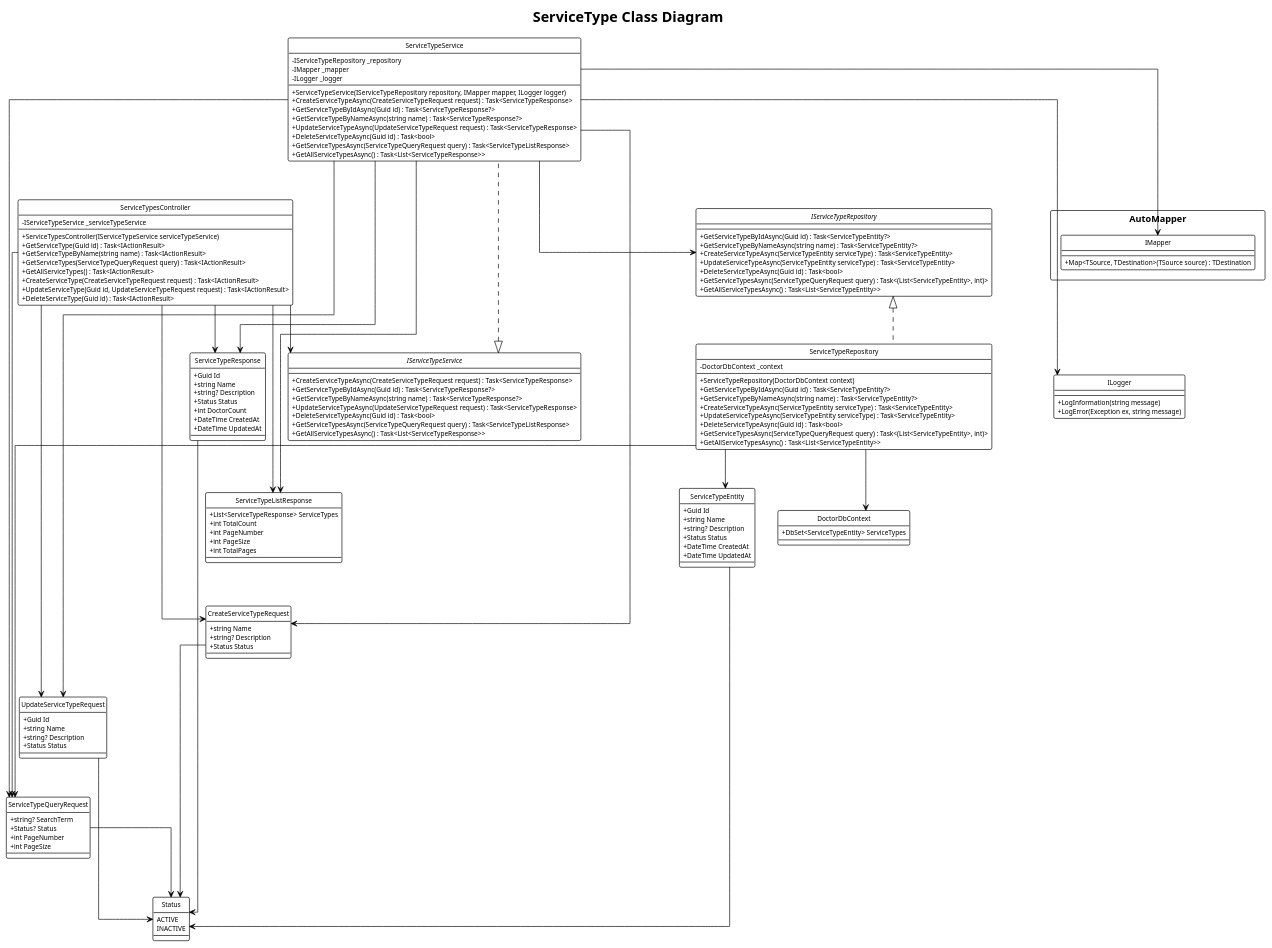
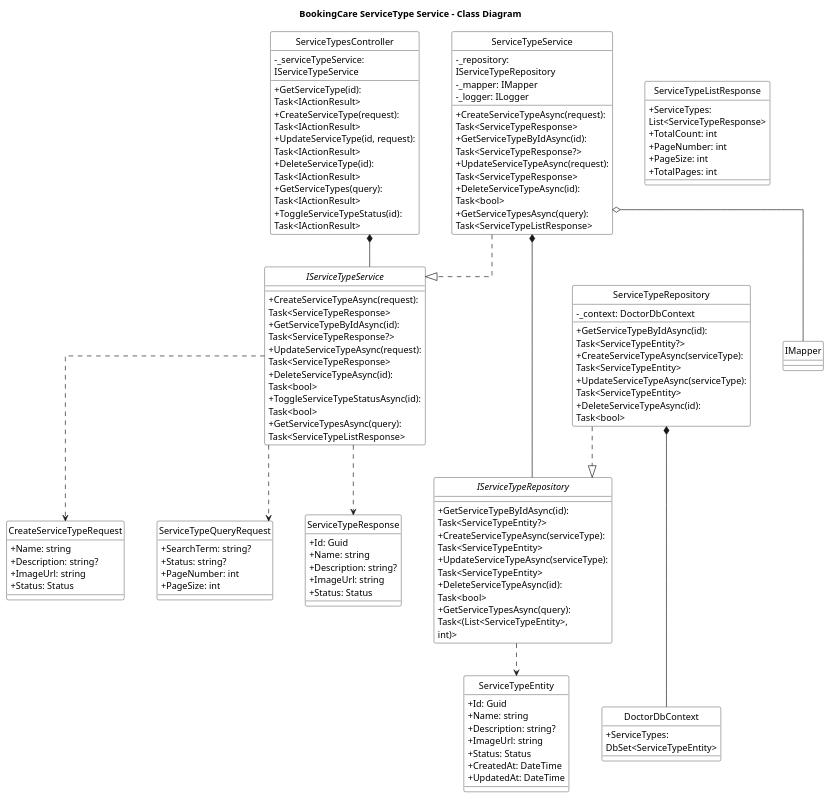
One commit to Capstone-FA25-MABS/BookingCareSystemBackend changed the diagram in src/Services/BookingCare.Services.Doctor/class_diagram/service_type_class_diagram.puml. Above: the diagram before and after it, drawn with PlantUML. The commit also changed 28 other files, not shown here.

Commit message:
[FIX] update class diagram, markdown unit test

```diff
--- a/src/Services/BookingCare.Services.Doctor/class_diagram/service_type_class_diagram.puml
+++ b/src/Services/BookingCare.Services.Doctor/class_diagram/service_type_class_diagram.puml
@@ -1,215 +1,138 @@
-@startuml
-!theme plain
-title ServiceType Class Diagram
+@startuml ServiceType-Class-Diagram
+
+title BookingCare ServiceType Service - Class Diagram
+
 hide circle
+skinparam classAttributeIconSize 0
+skinparam linetype ortho
+skinparam nodesep 50
+skinparam ranksep 50
+skinparam classBackgroundColor White
+skinparam classBorderColor Black
+skinparam wrapWidth 220
+skinparam maxMessageSize 220
 
-' ===== SKIN PARAMETERS =====
-skinparam class {
-    BackgroundColor White
-    BorderColor Black
-    ArrowColor Black
-    ArrowThickness 1
-    FontSize 10
+' ========== PRESENTATION LAYER ==========
+class ServiceTypesController {
+    - _serviceTypeService: IServiceTypeService
+    + GetServiceType(id): Task<IActionResult>
+    + CreateServiceType(request): Task<IActionResult>
+    + UpdateServiceType(id, request): Task<IActionResult>
+    + DeleteServiceType(id): Task<IActionResult>
+    + GetServiceTypes(query): Task<IActionResult>
+    + ToggleServiceTypeStatus(id): Task<IActionResult>
 }
 
-skinparam arrow {
-    Thickness 1
-    Color Black
+' ========== SERVICE LAYER ==========
+interface IServiceTypeService {
+    + CreateServiceTypeAsync(request): Task<ServiceTypeResponse>
+    + GetServiceTypeByIdAsync(id): Task<ServiceTypeResponse?>
+    + UpdateServiceTypeAsync(request): Task<ServiceTypeResponse>
+    + DeleteServiceTypeAsync(id): Task<bool>
+    + ToggleServiceTypeStatusAsync(id): Task<bool>
+    + GetServiceTypesAsync(query): Task<ServiceTypeListResponse>
 }
 
-skinparam linetype ortho
-skinparam packageStyle rectangle
-
-' ===== VISIBILITY MODIFIERS =====
-skinparam classAttribute {
-    IconSize 0
-    FontSize 10
+class ServiceTypeService {
+    - _repository: IServiceTypeRepository
+    - _mapper: IMapper
+    - _logger: ILogger
+    + CreateServiceTypeAsync(request): Task<ServiceTypeResponse>
+    + GetServiceTypeByIdAsync(id): Task<ServiceTypeResponse?>
+    + UpdateServiceTypeAsync(request): Task<ServiceTypeResponse>
+    + DeleteServiceTypeAsync(id): Task<bool>
+    + GetServiceTypesAsync(query): Task<ServiceTypeListResponse>
 }
 
-skinparam classMethod {
-    IconSize 0
-    FontSize 10
+' ========== REPOSITORY LAYER ==========
+interface IServiceTypeRepository {
+    + GetServiceTypeByIdAsync(id): Task<ServiceTypeEntity?>
+    + CreateServiceTypeAsync(serviceType): Task<ServiceTypeEntity>
+    + UpdateServiceTypeAsync(serviceType): Task<ServiceTypeEntity>
+    + DeleteServiceTypeAsync(id): Task<bool>
+    + GetServiceTypesAsync(query): Task<(List<ServiceTypeEntity>, int)>
 }
 
-' ===== CORE ENTITIES =====
-class ServiceTypeEntity {
-    + Guid Id
-    + string Name
-    + string? Description
-    + Status Status
-    + DateTime CreatedAt
-    + DateTime UpdatedAt
+class ServiceTypeRepository {
+    - _context: DoctorDbContext
+    + GetServiceTypeByIdAsync(id): Task<ServiceTypeEntity?>
+    + CreateServiceTypeAsync(serviceType): Task<ServiceTypeEntity>
+    + UpdateServiceTypeAsync(serviceType): Task<ServiceTypeEntity>
+    + DeleteServiceTypeAsync(id): Task<bool>
 }
 
-' ===== REQUEST DTOs =====
-class CreateServiceTypeRequest {
-    + string Name
-    + string? Description
-    + Status Status
+' ========== DATA LAYER ==========
+class DoctorDbContext {
+    + ServiceTypes: DbSet<ServiceTypeEntity>
 }
 
-class UpdateServiceTypeRequest {
-    + Guid Id
-    + string Name
-    + string? Description
-    + Status Status
+' ========== ENTITIES ==========
+class ServiceTypeEntity {
+    + Id: Guid
+    + Name: string
+    + Description: string?
+    + ImageUrl: string
+    + Status: Status
+    + CreatedAt: DateTime
+    + UpdatedAt: DateTime
+}
+
+' ========== DTOs ==========
+class CreateServiceTypeRequest {
+    + Name: string
+    + Description: string?
+    + ImageUrl: string
+    + Status: Status
 }
 
 class ServiceTypeQueryRequest {
-    + string? SearchTerm
-    + Status? Status
-    + int PageNumber
-    + int PageSize
+    + SearchTerm: string?
+    + Status: string?
+    + PageNumber: int
+    + PageSize: int
 }
 
-' ===== RESPONSE DTOs =====
 class ServiceTypeResponse {
-    + Guid Id
-    + string Name
-    + string? Description
-    + Status Status
-    + int DoctorCount
-    + DateTime CreatedAt
-    + DateTime UpdatedAt
+    + Id: Guid
+    + Name: string
+    + Description: string?
+    + ImageUrl: string
+    + Status: Status
 }
 
 class ServiceTypeListResponse {
-    + List<ServiceTypeResponse> ServiceTypes
-    + int TotalCount
-    + int PageNumber
-    + int PageSize
-    + int TotalPages
+    + ServiceTypes: List<ServiceTypeResponse>
+    + TotalCount: int
+    + PageNumber: int
+    + PageSize: int
+    + TotalPages: int
 }
 
-' ===== REPOSITORY INTERFACE =====
-interface IServiceTypeRepository {
-    + GetServiceTypeByIdAsync(Guid id) : Task<ServiceTypeEntity?>
-    + GetServiceTypeByNameAsync(string name) : Task<ServiceTypeEntity?>
-    + CreateServiceTypeAsync(ServiceTypeEntity serviceType) : Task<ServiceTypeEntity>
-    + UpdateServiceTypeAsync(ServiceTypeEntity serviceType) : Task<ServiceTypeEntity>
-    + DeleteServiceTypeAsync(Guid id) : Task<bool>
-    + GetServiceTypesAsync(ServiceTypeQueryRequest query) : Task<(List<ServiceTypeEntity>, int)>
-    + GetAllServiceTypesAsync() : Task<List<ServiceTypeEntity>>
-}
+' ========== LAYOUT HINTS ==========
+ServiceTypesController -[hidden]down- IServiceTypeService
+IServiceTypeService -[hidden]down- IServiceTypeRepository
+IServiceTypeRepository -[hidden]down- DoctorDbContext
 
-' ===== REPOSITORY IMPLEMENTATION =====
-class ServiceTypeRepository {
-    - DoctorDbContext _context
-    --
-    + ServiceTypeRepository(DoctorDbContext context)
-    + GetServiceTypeByIdAsync(Guid id) : Task<ServiceTypeEntity?>
-    + GetServiceTypeByNameAsync(string name) : Task<ServiceTypeEntity?>
-    + CreateServiceTypeAsync(ServiceTypeEntity serviceType) : Task<ServiceTypeEntity>
-    + UpdateServiceTypeAsync(ServiceTypeEntity serviceType) : Task<ServiceTypeEntity>
-    + DeleteServiceTypeAsync(Guid id) : Task<bool>
-    + GetServiceTypesAsync(ServiceTypeQueryRequest query) : Task<(List<ServiceTypeEntity>, int)>
-    + GetAllServiceTypesAsync() : Task<List<ServiceTypeEntity>>
-}
+' ========== RELATIONSHIPS ==========
 
-' ===== SERVICE INTERFACE =====
-interface IServiceTypeService {
-    + CreateServiceTypeAsync(CreateServiceTypeRequest request) : Task<ServiceTypeResponse>
-    + GetServiceTypeByIdAsync(Guid id) : Task<ServiceTypeResponse?>
-    + GetServiceTypeByNameAsync(string name) : Task<ServiceTypeResponse?>
-    + UpdateServiceTypeAsync(UpdateServiceTypeRequest request) : Task<ServiceTypeResponse>
-    + DeleteServiceTypeAsync(Guid id) : Task<bool>
-    + GetServiceTypesAsync(ServiceTypeQueryRequest query) : Task<ServiceTypeListResponse>
-    + GetAllServiceTypesAsync() : Task<List<ServiceTypeResponse>>
-}
+' Controller Layer
+ServiceTypesController *-- IServiceTypeService
 
-' ===== SERVICE IMPLEMENTATION =====
-class ServiceTypeService {
-    - IServiceTypeRepository _repository
-    - IMapper _mapper
-    - ILogger _logger
-    --
-    + ServiceTypeService(IServiceTypeRepository repository, IMapper mapper, ILogger logger)
-    + CreateServiceTypeAsync(CreateServiceTypeRequest request) : Task<ServiceTypeResponse>
-    + GetServiceTypeByIdAsync(Guid id) : Task<ServiceTypeResponse?>
-    + GetServiceTypeByNameAsync(string name) : Task<ServiceTypeResponse?>
-    + UpdateServiceTypeAsync(UpdateServiceTypeRequest request) : Task<ServiceTypeResponse>
-    + DeleteServiceTypeAsync(Guid id) : Task<bool>
-    + GetServiceTypesAsync(ServiceTypeQueryRequest query) : Task<ServiceTypeListResponse>
-    + GetAllServiceTypesAsync() : Task<List<ServiceTypeResponse>>
-}
+' Service Layer
+ServiceTypeService ..|> IServiceTypeService
+ServiceTypeService *-- IServiceTypeRepository
+ServiceTypeService o-- IMapper
 
-' ===== CONTROLLER =====
-class ServiceTypesController {
-    - IServiceTypeService _serviceTypeService
-    --
-    + ServiceTypesController(IServiceTypeService serviceTypeService)
-    + GetServiceType(Guid id) : Task<IActionResult>
-    + GetServiceTypeByName(string name) : Task<IActionResult>
-    + GetServiceTypes(ServiceTypeQueryRequest query) : Task<IActionResult>
-    + GetAllServiceTypes() : Task<IActionResult>
-    + CreateServiceType(CreateServiceTypeRequest request) : Task<IActionResult>
-    + UpdateServiceType(Guid id, UpdateServiceTypeRequest request) : Task<IActionResult>
-    + DeleteServiceType(Guid id) : Task<IActionResult>
-}
+' Repository Layer
+ServiceTypeRepository ..|> IServiceTypeRepository
+ServiceTypeRepository *-- DoctorDbContext
 
-' ===== EXTERNAL DEPENDENCIES =====
-class DoctorDbContext {
-    + DbSet<ServiceTypeEntity> ServiceTypes
-}
+' Service Uses DTOs
+IServiceTypeService ..> CreateServiceTypeRequest
+IServiceTypeService ..> ServiceTypeQueryRequest
+IServiceTypeService ..> ServiceTypeResponse
 
-class AutoMapper.IMapper {
-    + Map<TSource, TDestination>(TSource source) : TDestination
-}
-
-class ILogger {
-    + LogInformation(string message)
-    + LogError(Exception ex, string message)
-}
-
-' ===== ENUMS =====
-enum Status {
-    ACTIVE
-    INACTIVE
-}
-
-' ===== LAYOUT POSITIONING =====
-ServiceTypeEntity -[hidden]- CreateServiceTypeRequest
-CreateServiceTypeRequest -[hidden]- UpdateServiceTypeRequest
-UpdateServiceTypeRequest -[hidden]- ServiceTypeQueryRequest
-
-ServiceTypeResponse -[hidden]- ServiceTypeListResponse
-
-IServiceTypeRepository -[hidden]- ServiceTypeRepository
-ServiceTypeRepository -[hidden]- DoctorDbContext
-
-IServiceTypeService -[hidden]- ServiceTypeService
-ServiceTypeService -[hidden]- ServiceTypesController
-
-IMapper -[hidden]- ILogger
-
-' ===== RELATIONSHIPS =====
-IServiceTypeRepository <|.. ServiceTypeRepository
-IServiceTypeService <|.. ServiceTypeService
-
-ServiceTypeRepository --> DoctorDbContext
-ServiceTypeRepository --> ServiceTypeEntity
-ServiceTypeRepository --> ServiceTypeQueryRequest
-
-ServiceTypeService --> IServiceTypeRepository
-ServiceTypeService --> IMapper
-ServiceTypeService --> ILogger
-ServiceTypeService --> CreateServiceTypeRequest
-ServiceTypeService --> UpdateServiceTypeRequest
-ServiceTypeService --> ServiceTypeQueryRequest
-ServiceTypeService --> ServiceTypeResponse
-ServiceTypeService --> ServiceTypeListResponse
-
-ServiceTypesController --> IServiceTypeService
-ServiceTypesController --> CreateServiceTypeRequest
-ServiceTypesController --> UpdateServiceTypeRequest
-ServiceTypesController --> ServiceTypeQueryRequest
-ServiceTypesController --> ServiceTypeResponse
-ServiceTypesController --> ServiceTypeListResponse
-
-ServiceTypeEntity --> Status
-CreateServiceTypeRequest --> Status
-UpdateServiceTypeRequest --> Status
-ServiceTypeQueryRequest --> Status
-ServiceTypeResponse --> Status
+' Repository Uses Entities
+IServiceTypeRepository ..> ServiceTypeEntity
 
 @enduml
```
